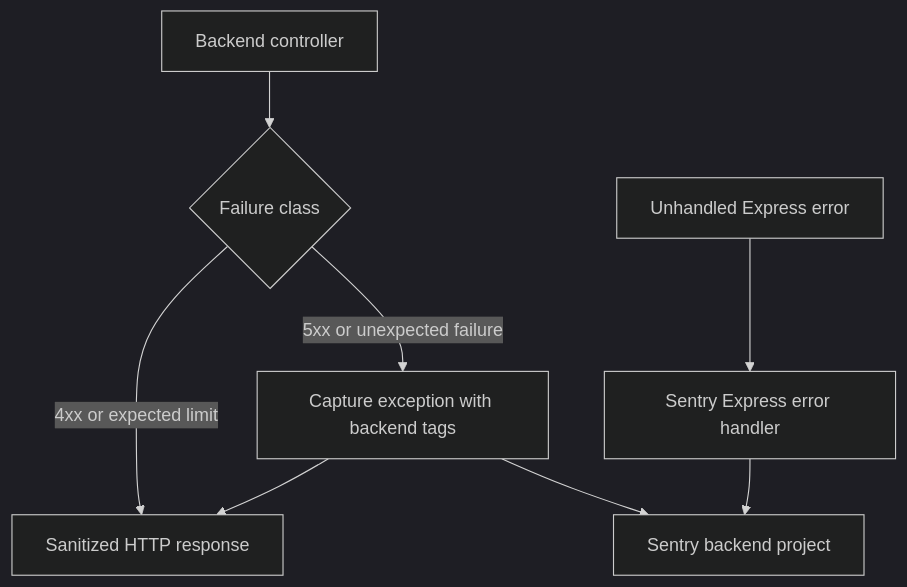
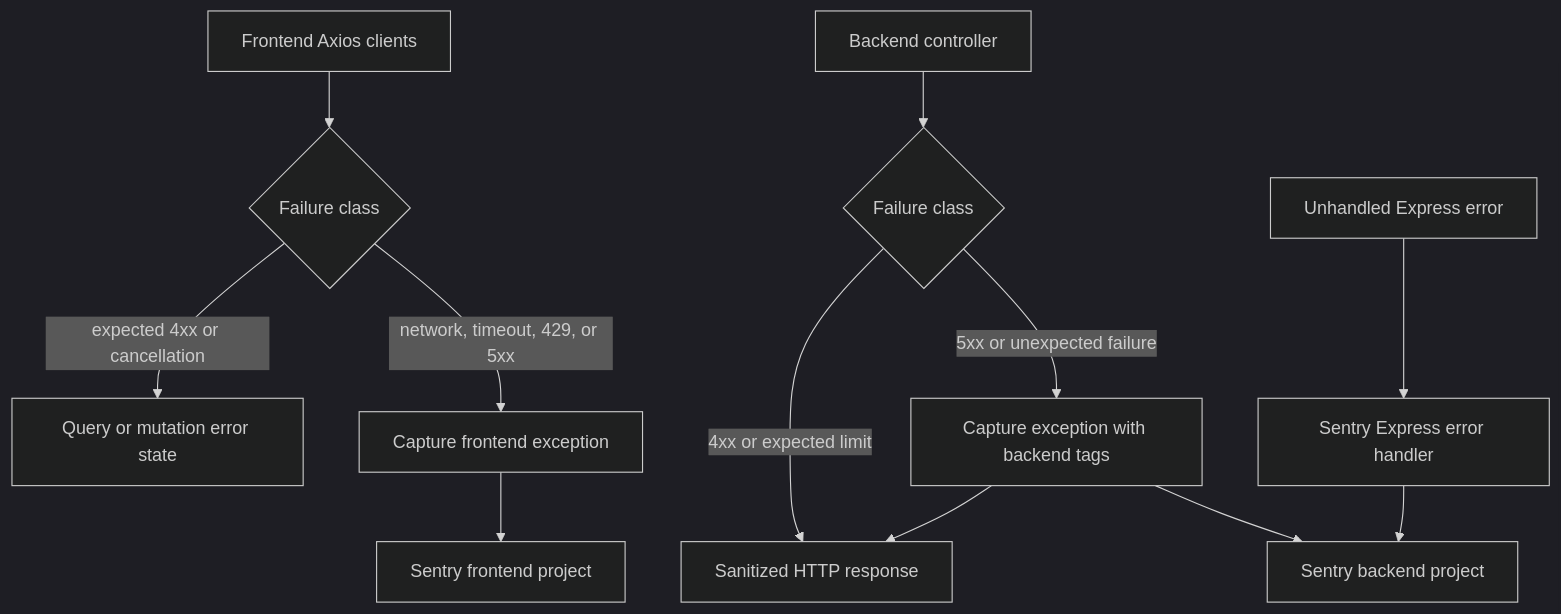
Before and after one commit to globe-and-citizen/cnc-portal: the diagram in docs/implementation/error-tracking/README.md, drawn with Mermaid (dark theme). The commit also changed other lines of this file, not shown here.

Commit message:
docs: 📝 document frontend Sentry capture policy

````diff
--- a/docs/implementation/error-tracking/README.md
+++ b/docs/implementation/error-tracking/README.md
@@ -17,10 +18,14 @@
 ```mermaid
 flowchart TD
+  frontend[Frontend Axios clients] --> frontendDecision{Failure class}
+  frontendDecision -->|expected 4xx or cancellation| frontendResponse[Query or mutation error state]
+  frontendDecision -->|network, timeout, 429, or 5xx| frontendCapture[Capture frontend exception]
+  frontendCapture --> dashboard[Sentry frontend project]
   controller[Backend controller] --> decision{Failure class}
   decision -->|4xx or expected limit| response[Sanitized HTTP response]
   decision -->|5xx or unexpected failure| capture[Capture exception with backend tags]
   capture --> response
-  capture --> dashboard[Sentry backend project]
+  capture --> backendDashboard[Sentry backend project]
   uncaught[Unhandled Express error] --> handler[Sentry Express error handler]
-  handler --> dashboard
+  handler --> backendDashboard
 ```
````
